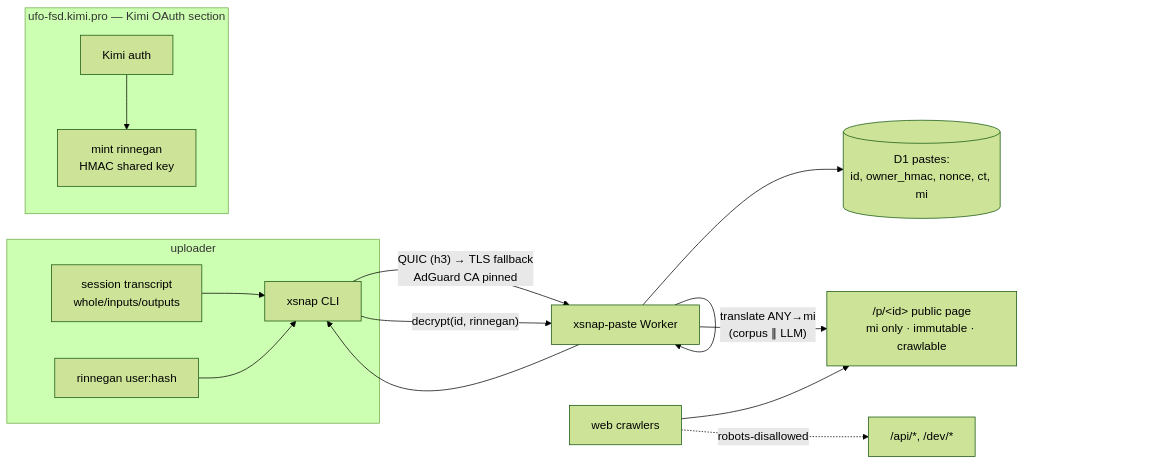
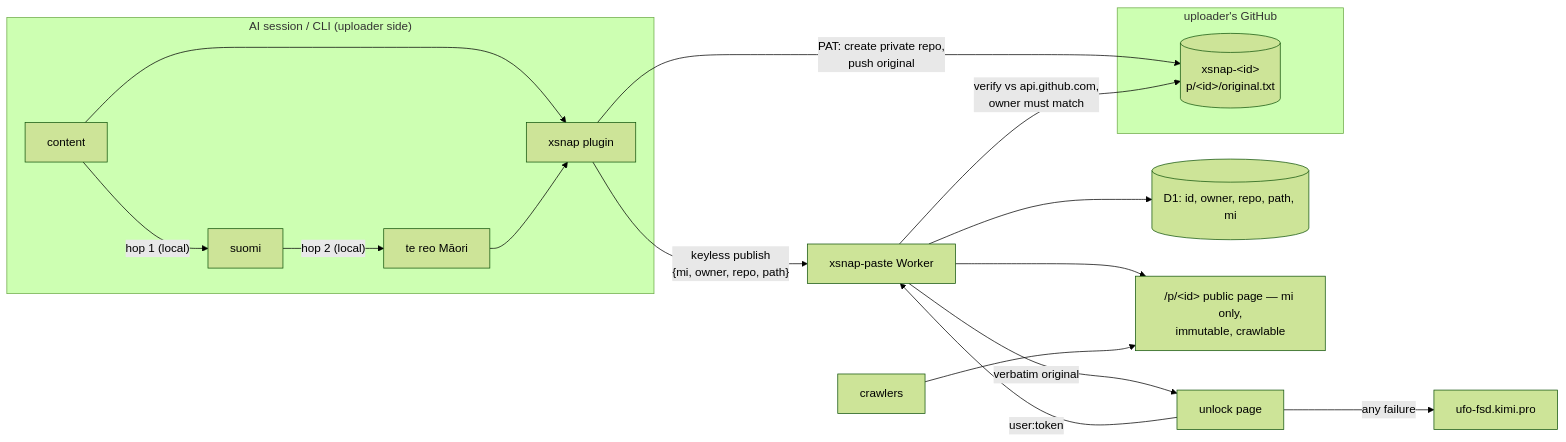
One commit to VeigaPunk/xsnap changed the diagram in docs/ARCHITECTURE.md. Above: the diagram before and after it, drawn with Mermaid (forest theme). The commit also changed other lines of this file and 16 other files, not shown here.

First line of the commit message:
two-hop local translation, keyless plugin mode, XP decryptor

````diff
--- a/docs/ARCHITECTURE.md
+++ b/docs/ARCHITECTURE.md
@@ -8,17 +8,19 @@
 ```mermaid
 flowchart LR
-  subgraph uploader
-    T[session transcript<br/>whole/inputs/outputs] --> C[xsnap CLI]
-    K[rinnegan user:hash] --> C
+  subgraph session["AI session / CLI (uploader side)"]
+    C[content] -- "hop 1 (local)" --> FI[suomi]
+    FI -- "hop 2 (local)" --> MI[te reo Māori]
+    C --> P[xsnap plugin]
+    MI --> P
   end
-  subgraph ufo[ufo-fsd.kimi.pro — Kimi OAuth section]
-    A[Kimi auth] --> M[mint rinnegan<br/>HMAC shared key]
+  subgraph gh["uploader's GitHub"]
+    P -- "PAT: create private repo,<br/>push original" --> R[("xsnap-&lt;id&gt;<br/>p/&lt;id&gt;/original.txt")]
   end
-  C -- "QUIC (h3) → TLS fallback<br/>AdGuard CA pinned" --> W[xsnap-paste Worker]
-  W --> D[(D1 pastes:<br/>id, owner_hmac, nonce, ct, mi)]
-  W -- "translate ANY→mi<br/>(corpus ∥ LLM)" --> W
-  W --> P["/p/&lt;id&gt; public page<br/>mi only · immutable · crawlable"]
-  C -- "decrypt(id, rinnegan)" --> W --> C
-  B[web crawlers] --> P
-  B -.->|robots-disallowed| X["/api/*, /dev/*"]
+  P -- "keyless publish<br/>{mi, owner, repo, path}" --> W[xsnap-paste Worker]
+  W --> D[(D1: id, owner, repo, path, mi)]
+  W --> PG["/p/&lt;id&gt; public page — mi only,<br/>immutable, crawlable"]
+  U[unlock page] -- "user:token" --> W -- "verify vs api.github.com,<br/>owner must match" --> R
+  W -- "verbatim original" --> U
+  B[crawlers] --> PG
+  U -- "any failure" --> UFO[ufo-fsd.kimi.pro]
 ```
````
